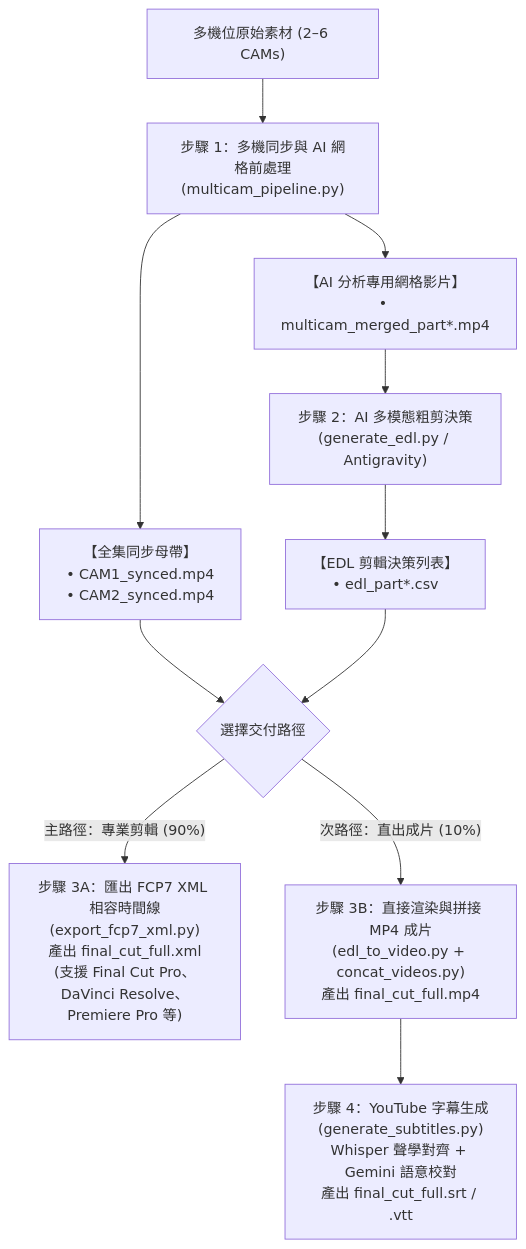
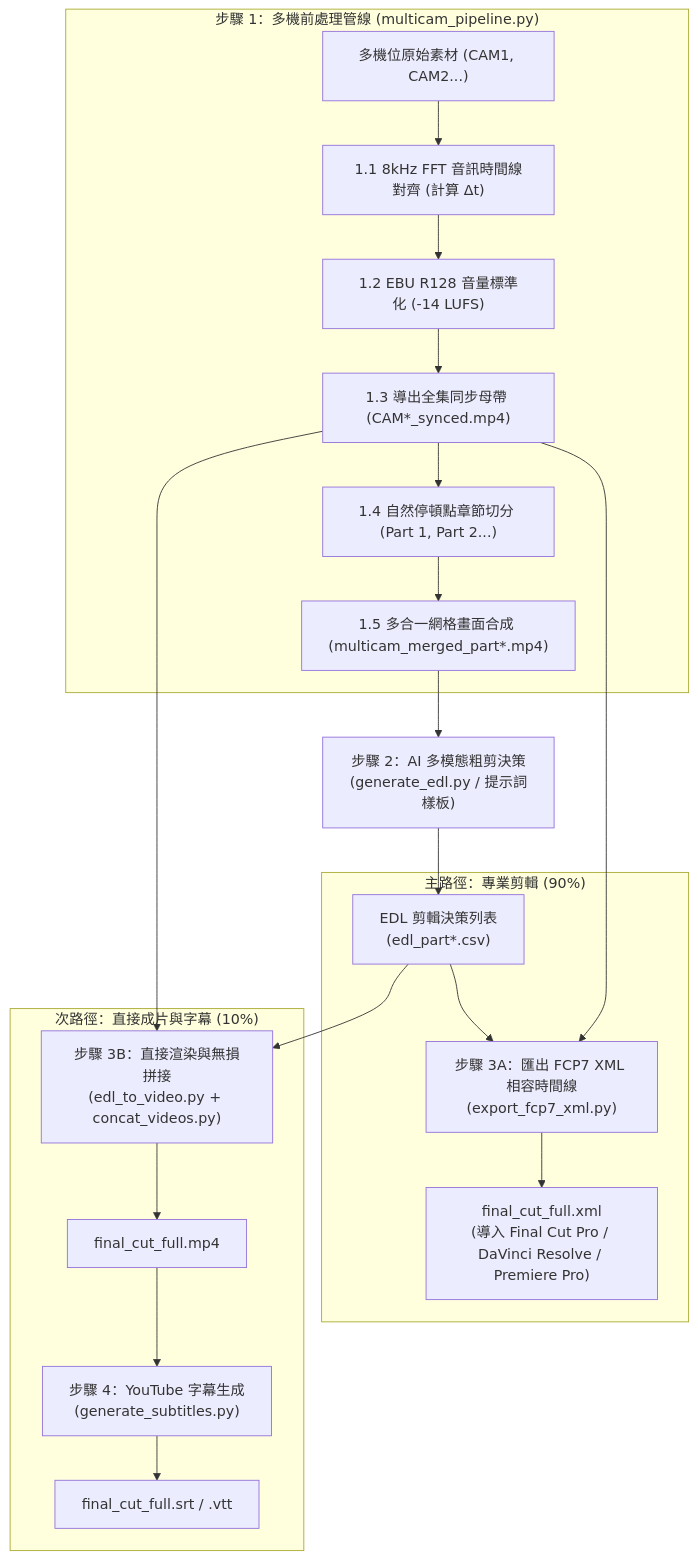
One commit to sylphlin/multicam-video-preprocessing changed the diagram in README.zh-TW.md. Above: the diagram before and after it, drawn with Mermaid. The commit also changed 4 other files, not shown here.

Commit message:
docs: redesign clean relationship-focused Mermaid flowcharts with sub-steps 1.1-1.5 across all 5 READMEs

````diff
--- a/README.zh-TW.md
+++ b/README.zh-TW.md
@@ -53,18 +53,27 @@
 ```mermaid
 flowchart TD
-    A["多機位原始素材 (2–6 CAMs)"] --> B["步驟 1：多機同步與 AI 網格前處理<br/>(multicam_pipeline.py)"]
-    
-    B --> C["【全集同步母帶】<br/>• CAM1_synced.mp4<br/>• CAM2_synced.mp4"]
-    B --> D["【AI 分析專用網格影片】<br/>• multicam_merged_part*.mp4"]
-    
-    D --> E["步驟 2：AI 多模態粗剪決策<br/>(generate_edl.py / Antigravity)"]
-    E --> F["【EDL 剪輯決策列表】<br/>• edl_part*.csv"]
-    
-    C --> G{"選擇交付路徑"}
-    F --> G
-    
-    G -->|"主路徑：專業剪輯 (90%)"| H["步驟 3A：匯出 FCP7 XML 相容時間線<br/>(export_fcp7_xml.py)<br/>產出 final_cut_full.xml<br/>(支援 Final Cut Pro、DaVinci Resolve、Premiere Pro 等)"]
-    G -->|"次路徑：直出成片 (10%)"| I["步驟 3B：直接渲染與拼接 MP4 成片<br/>(edl_to_video.py + concat_videos.py)<br/>產出 final_cut_full.mp4"]
-    
-    I --> J["步驟 4：YouTube 字幕生成<br/>(generate_subtitles.py)<br/>Whisper 聲學對齊 + Gemini 語意校對<br/>產出 final_cut_full.srt / .vtt"]
+    subgraph S1["步驟 1：多機前處理管線 (multicam_pipeline.py)"]
+        A["多機位原始素材 (CAM1, CAM2...)"] --> S1_1["1.1 8kHz FFT 音訊時間線對齊 (計算 Δt)"]
+        S1_1 --> S1_2["1.2 EBU R128 音量標準化 (-14 LUFS)"]
+        S1_2 --> S1_3["1.3 導出全集同步母帶 (CAM*_synced.mp4)"]
+        S1_3 --> S1_4["1.4 自然停頓點章節切分 (Part 1, Part 2...)"]
+        S1_4 --> S1_5["1.5 多合一網格畫面合成 (multicam_merged_part*.mp4)"]
+    end
+
+    S1_5 --> S2["步驟 2：AI 多模態粗剪決策<br/>(generate_edl.py / 提示詞樣板)"]
+    S2 --> EDL["EDL 剪輯決策列表<br/>(edl_part*.csv)"]
+
+    subgraph S3A["主路徑：專業剪輯 (90%)"]
+        S1_3 --> S3A_ACT["步驟 3A：匯出 FCP7 XML 相容時間線<br/>(export_fcp7_xml.py)"]
+        EDL --> S3A_ACT
+        S3A_ACT --> XML["final_cut_full.xml<br/>(導入 Final Cut Pro / DaVinci Resolve / Premiere Pro)"]
+    end
+
+    subgraph S3B["次路徑：直接成片與字幕 (10%)"]
+        S1_3 --> S3B_ACT["步驟 3B：直接渲染與無損拼接<br/>(edl_to_video.py + concat_videos.py)"]
+        EDL --> S3B_ACT
+        S3B_ACT --> MP4["final_cut_full.mp4"]
+        MP4 --> S4["步驟 4：YouTube 字幕生成<br/>(generate_subtitles.py)"]
+        S4 --> SRT["final_cut_full.srt / .vtt"]
+    end
 ```
````
